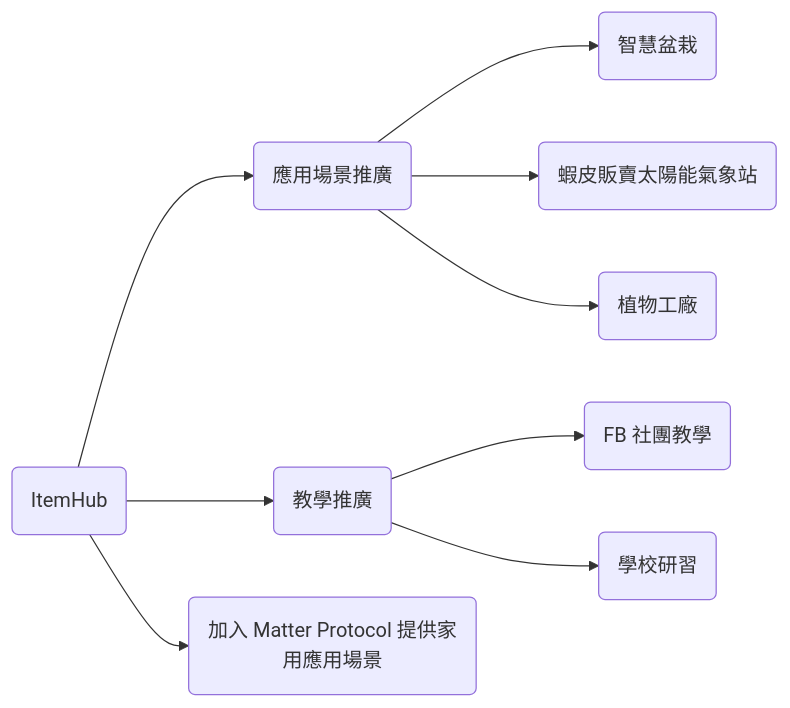
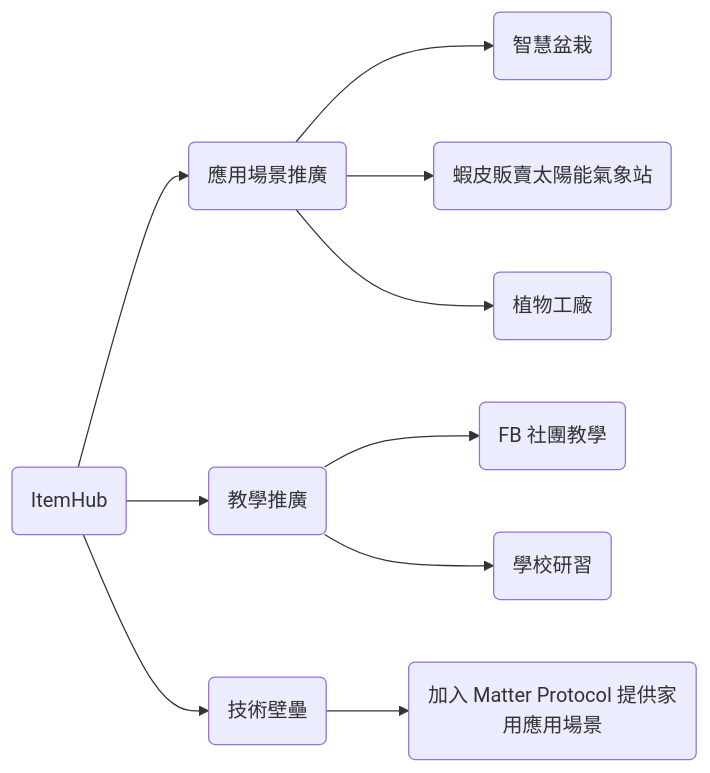
The diagram in README.md (miterfrants/itemhub), drawn with Mermaid before and after one commit.

````diff
--- a/README.md
+++ b/README.md
@@ -3,11 +3,12 @@
 ```mermaid
 graph LR
     A(ItemHub) --> B(應用場景推廣)
     B --> C(智慧盆栽)
     B --> D(蝦皮販賣太陽能氣象站)
     B --> E(植物工廠)
     A --> F(教學推廣)
     F --> G(FB 社團教學)
     F --> H(學校研習)
-    A --> I(加入 Matter Protocol 提供家用應用場景)
+    A --> I(技術壁壘)
+    I --> J(加入 Matter Protocol 提供家用應用場景)
 ```
````
